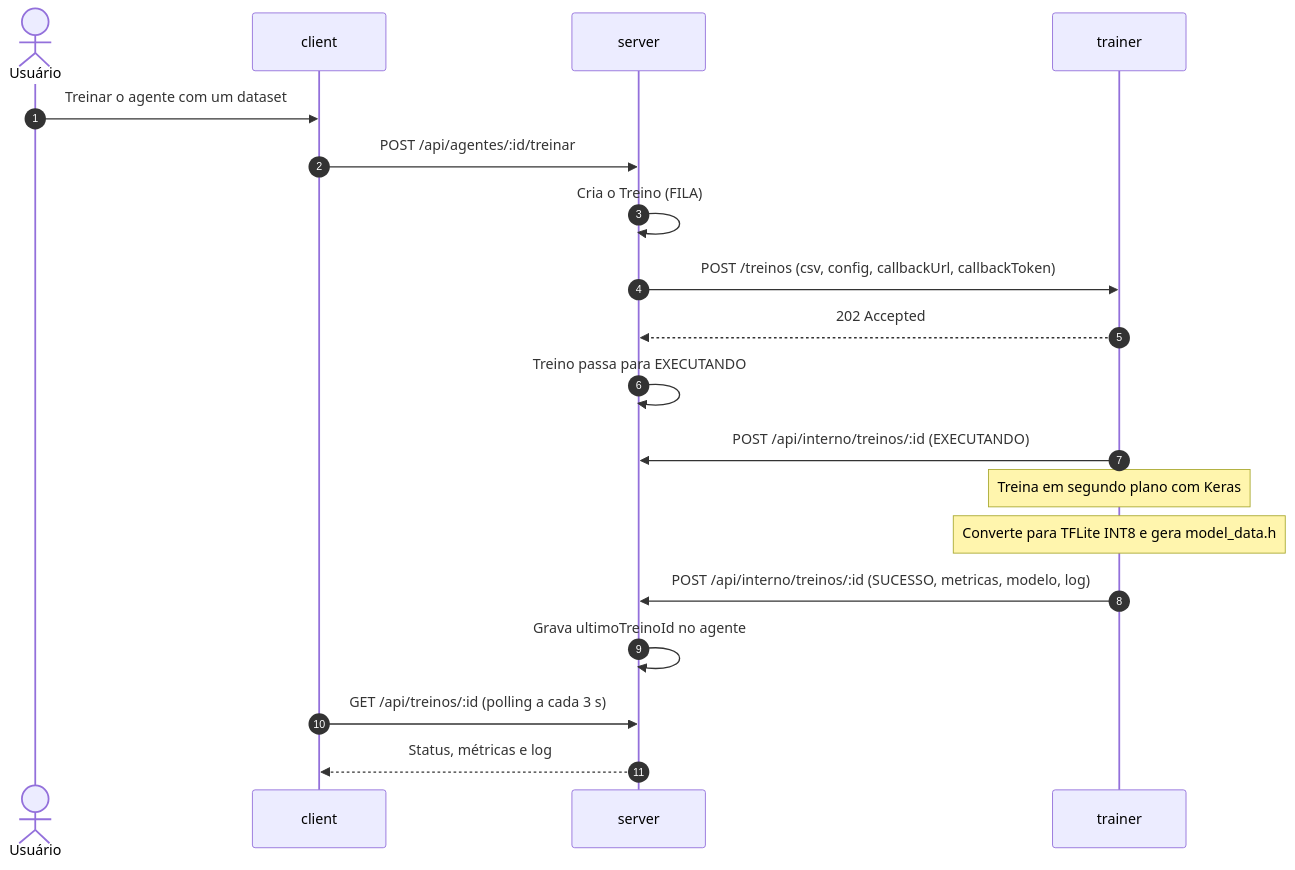
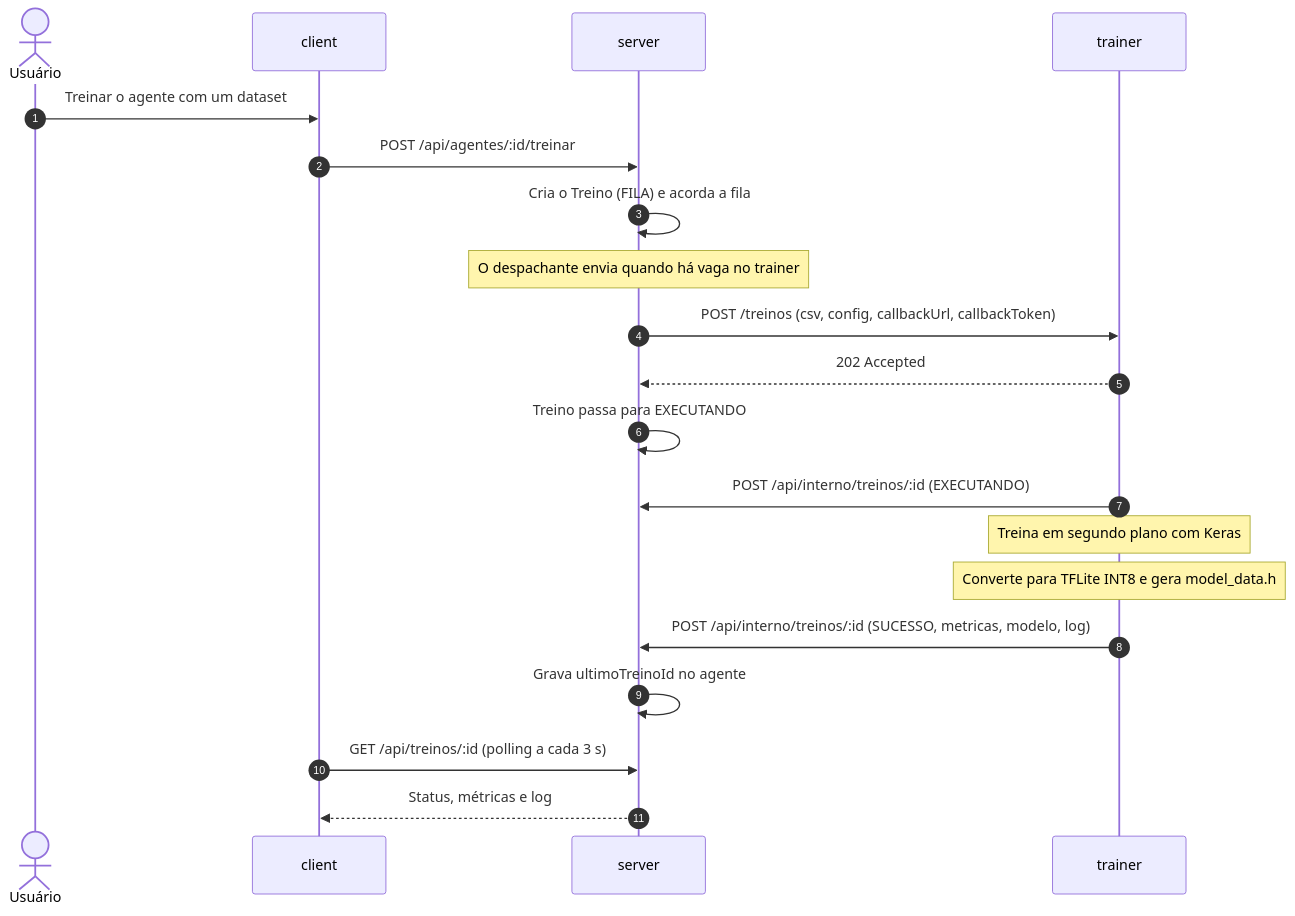
One commit to marco3079/ai-creator changed the second of 7 diagrams in docs/ARQUITETURA.md. Above: the diagram before and after it, drawn with Mermaid. The commit also changed other lines of this file and 51 other files, not shown here.

````diff
--- a/docs/ARQUITETURA.md
+++ b/docs/ARQUITETURA.md
@@ -89,21 +98,22 @@
 ```mermaid
 sequenceDiagram
   autonumber
   actor U as Usuário
   participant C as client
   participant S as server
   participant T as trainer
   U->>C: Treinar o agente com um dataset
   C->>S: POST /api/agentes/:id/treinar
-  S->>S: Cria o Treino (FILA)
+  S->>S: Cria o Treino (FILA) e acorda a fila
+  Note over S: O despachante envia quando há vaga no trainer
   S->>T: POST /treinos (csv, config, callbackUrl, callbackToken)
   T-->>S: 202 Accepted
   S->>S: Treino passa para EXECUTANDO
   T->>S: POST /api/interno/treinos/:id (EXECUTANDO)
   Note over T: Treina em segundo plano com Keras
   Note over T: Converte para TFLite INT8 e gera model_data.h
   T->>S: POST /api/interno/treinos/:id (SUCESSO, metricas, modelo, log)
   S->>S: Grava ultimoTreinoId no agente
   C->>S: GET /api/treinos/:id (polling a cada 3 s)
   S-->>C: Status, métricas e log
 ```
````
